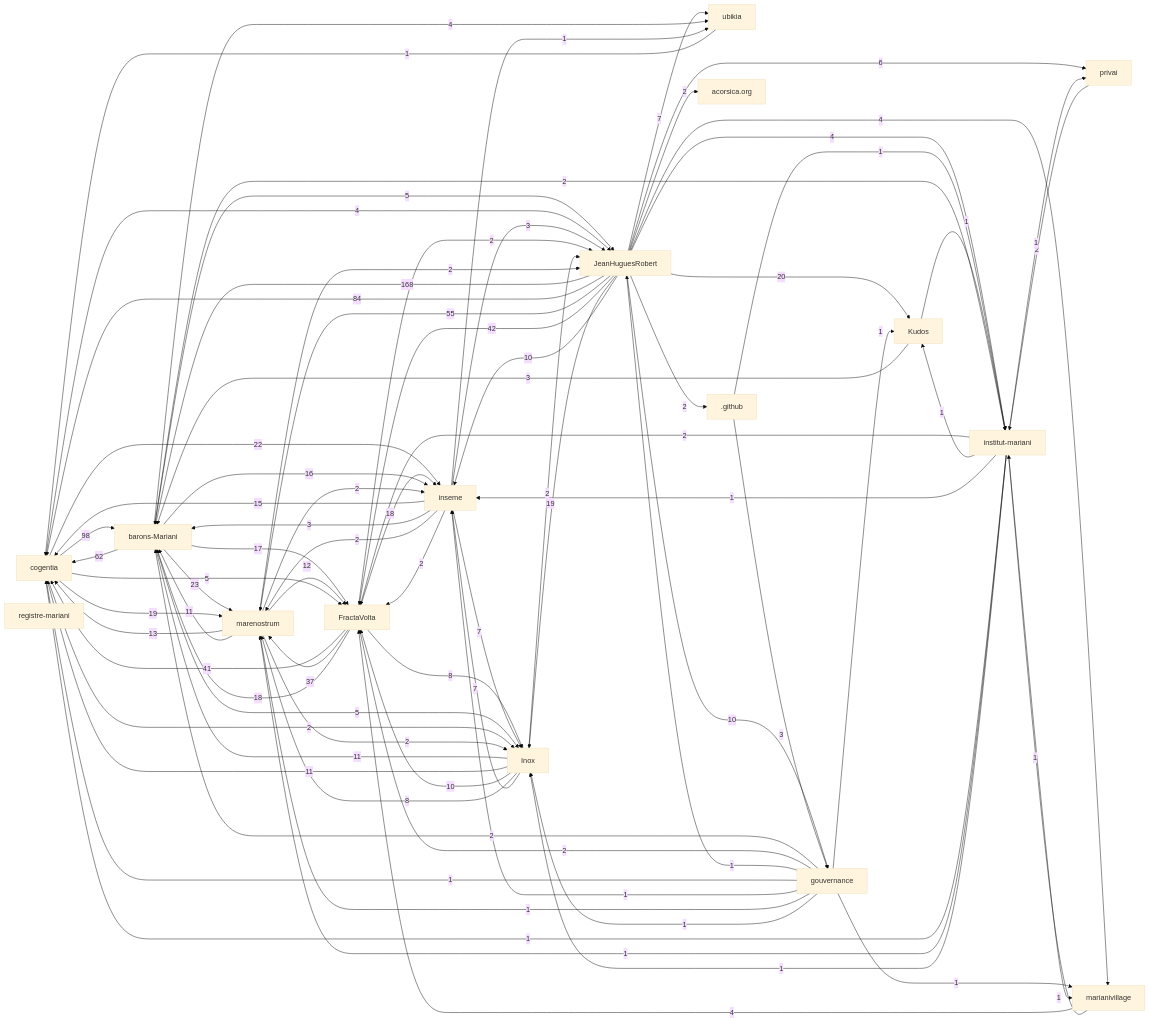
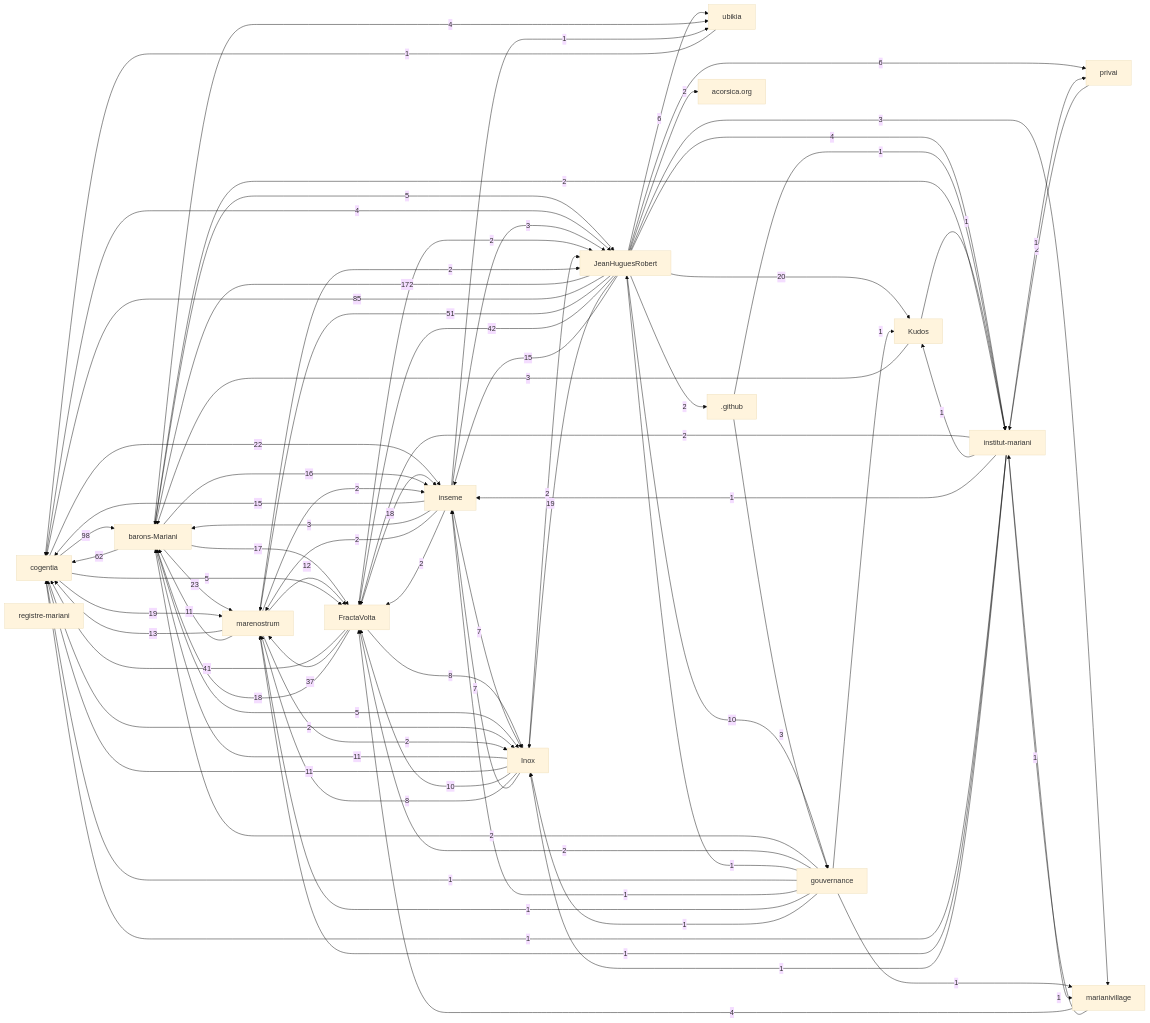
One commit to JeanHuguesRobert/ubikia changed the first of 2 diagrams in research/corpus-status.md. Above: the diagram before and after it, drawn with Mermaid (base theme).

Commit message:
Refresh generated corpus status

```diff
--- a/research/corpus-status.md
+++ b/research/corpus-status.md
@@ -48,11 +48,11 @@
   r_kudos["Kudos"]
   r_github[".github"]
   r_acorsica_org["acorsica.org"]
-  r_jeanhuguesrobert -->|168| r_barons_mariani
+  r_jeanhuguesrobert -->|172| r_barons_mariani
   r_cogentia -->|98| r_barons_mariani
-  r_jeanhuguesrobert -->|84| r_cogentia
+  r_jeanhuguesrobert -->|85| r_cogentia
   r_barons_mariani -->|62| r_cogentia
-  r_jeanhuguesrobert -->|55| r_marenostrum
+  r_jeanhuguesrobert -->|51| r_marenostrum
   r_jeanhuguesrobert -->|42| r_fractavolta
   r_fractavolta -->|41| r_cogentia
   r_fractavolta -->|37| r_marenostrum
@@ -66,31 +66,31 @@
   r_barons_mariani -->|17| r_fractavolta
   r_barons_mariani -->|16| r_inseme
   r_inseme -->|15| r_cogentia
+  r_jeanhuguesrobert -->|15| r_inseme
   r_marenostrum -->|13| r_cogentia
   r_marenostrum -->|12| r_fractavolta
   r_inox -->|11| r_barons_mariani
   r_inox -->|11| r_cogentia
   r_marenostrum -->|11| r_barons_mariani
   r_inox -->|10| r_fractavolta
-  r_jeanhuguesrobert -->|10| r_inseme
   r_jeanhuguesrobert -->|10| r_gouvernance
   r_fractavolta -->|8| r_inox
   r_inox -->|8| r_marenostrum
   r_inox -->|7| r_inseme
   r_inseme -->|7| r_inox
-  r_jeanhuguesrobert -->|7| r_ubikia
   r_jeanhuguesrobert -->|6| r_privai
+  r_jeanhuguesrobert -->|6| r_ubikia
   r_barons_mariani -->|5| r_inox
   r_barons_mariani -->|5| r_jeanhuguesrobert
   r_cogentia -->|5| r_fractavolta
   r_barons_mariani -->|4| r_ubikia
   r_cogentia -->|4| r_jeanhuguesrobert
   r_jeanhuguesrobert -->|4| r_institut_mariani
-  r_jeanhuguesrobert -->|4| r_marianivillage
   r_marianivillage -->|4| r_fractavolta
   r_github -->|3| r_gouvernance
   r_inseme -->|3| r_barons_mariani
   r_inseme -->|3| r_jeanhuguesrobert
+  r_jeanhuguesrobert -->|3| r_marianivillage
   r_kudos -->|3| r_barons_mariani
   r_cogentia -->|2| r_inox
   r_fractavolta -->|2| r_jeanhuguesrobert
```
